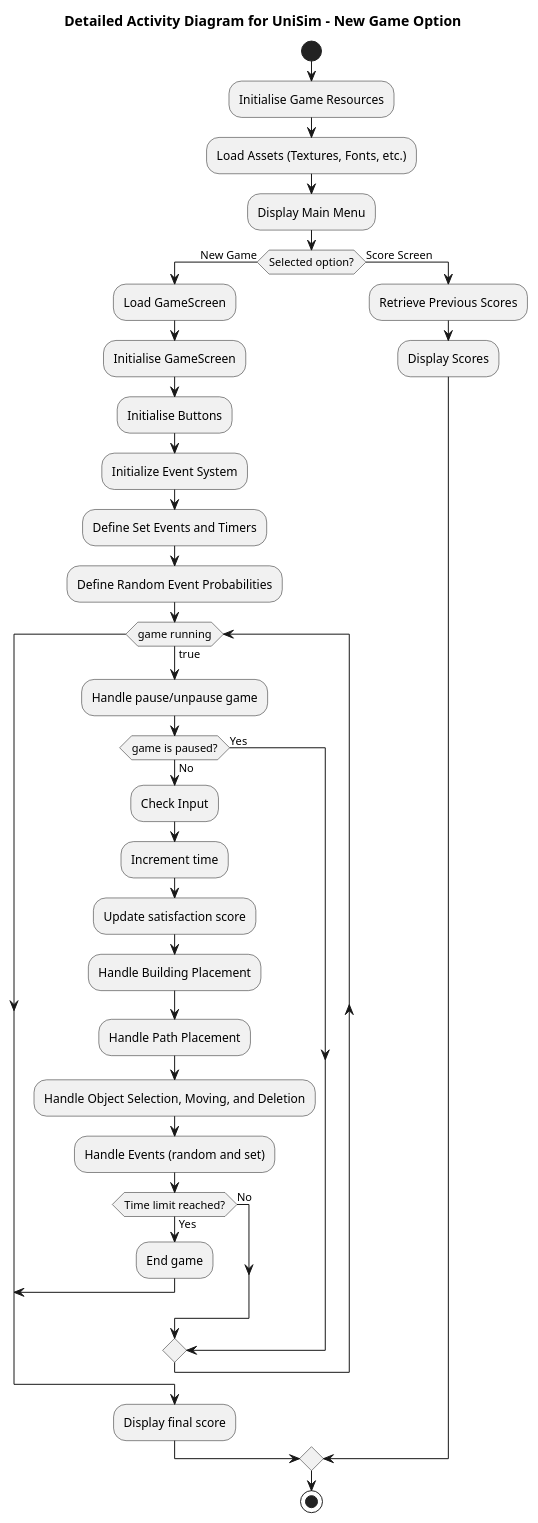
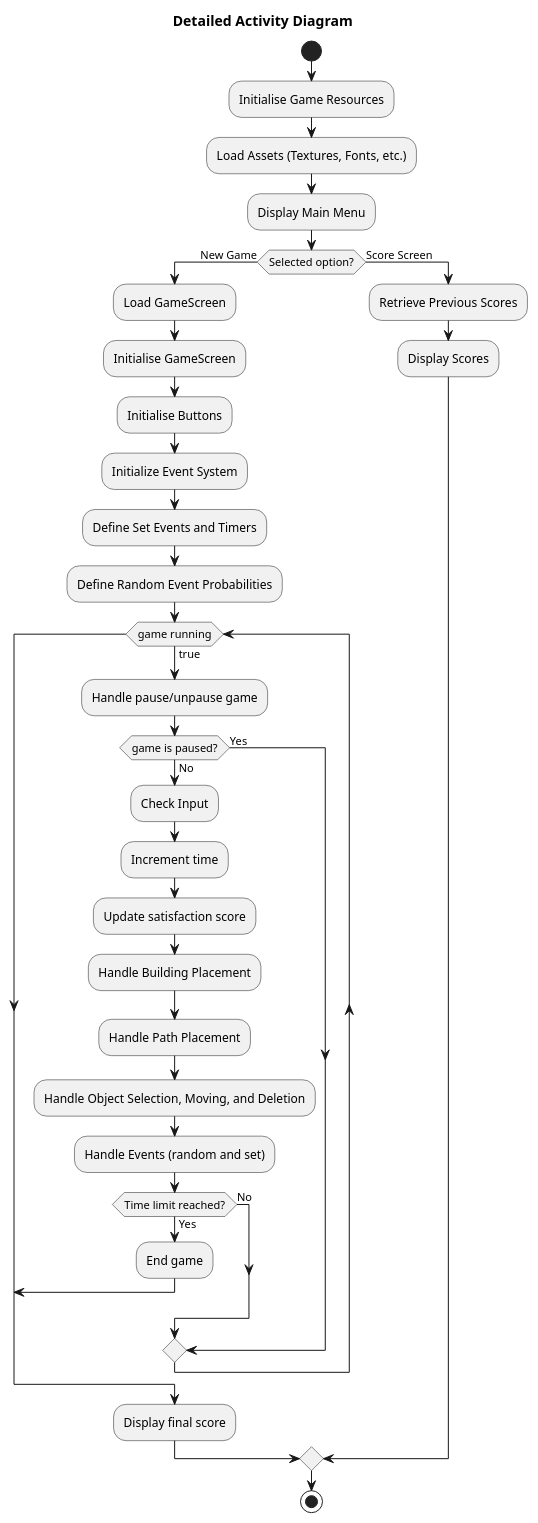
Before and after one commit to jobyoung05/ENG1-pixels-of-promise: the diagram in Plant UML Diagrams/main_activity_diagram.puml, drawn with PlantUML. The commit also changed 1 other file, not shown here.

Commit message:
Changes to diagrams

```diff
--- a/Plant UML Diagrams/main_activity_diagram.puml
+++ b/Plant UML Diagrams/main_activity_diagram.puml
@@ -1,46 +1,46 @@
 @startuml
-title Detailed Activity Diagram for UniSim - New Game Option
+title Detailed Activity Diagram
 
 start
 :Initialise Game Resources;
 :Load Assets (Textures, Fonts, etc.);
 :Display Main Menu;
 
 if (Selected option?) then (New Game)
     :Load GameScreen;
     :Initialise GameScreen;
     :Initialise Buttons;
     :Initialize Event System;
     :Define Set Events and Timers;
     :Define Random Event Probabilities;
 
     while (game running) is (true)
         :Handle pause/unpause game;
         if (game is paused?) then (No)
             :Check Input;
             :Increment time;
             :Update satisfaction score;
 
             :Handle Building Placement;
             :Handle Path Placement;
             :Handle Object Selection, Moving, and Deletion;
             :Handle Events (random and set);
 
             if (Time limit reached?) then (Yes)
                 :End game;
                 break
             else (No)
             endif
         else (Yes)
         endif
     endwhile
 
     :Display final score;
 
 else (Score Screen)
     :Retrieve Previous Scores;
     :Display Scores;
 endif
 
 stop
 @enduml
```
